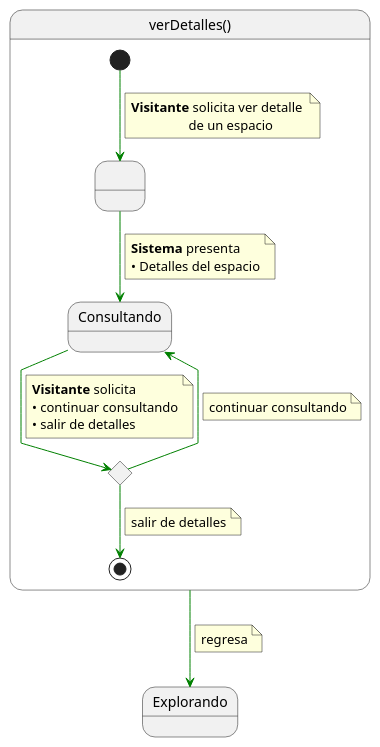
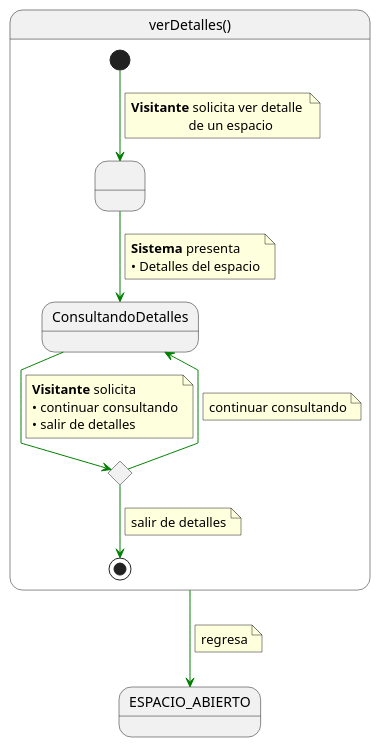
The diagram in documentos/01-casoDeUso/3-DetallarCasosDeUso/1-Visitante/verDetalles/verDetalles.puml (Camila-Lesly/25-26-idsw1-sdr), drawn with PlantUML before and after one commit. The commit also changed 26 other files, not shown here.

Commit message:
docs: Add SVG diagrams for visitor use cases

```diff
--- a/documentos/01-casoDeUso/3-DetallarCasosDeUso/1-Visitante/verDetalles/verDetalles.puml
+++ b/documentos/01-casoDeUso/3-DetallarCasosDeUso/1-Visitante/verDetalles/verDetalles.puml
@@ -1,46 +1,43 @@
-@startuml verDetalles
-
+@startuml
 skinparam linetype polyline
 
 state verDetalles as "verDetalles()" {
-
     state " " as SolicitandoDetalles
-    state "Consultando" as ConsultandoDetalles
+    state ConsultandoDetalles
     state c <<choice>>
 
     [*] -[#green]-> SolicitandoDetalles 
     note on link
     <b>Visitante</b> solicita ver detalle 
                      de un espacio
     end note    
     
     SolicitandoDetalles -[#green]-> ConsultandoDetalles
     note on link
     <b>Sistema</b> presenta
     • Detalles del espacio
     end note
     
     ConsultandoDetalles -[#green]-> c
     note on link
     <b>Visitante</b> solicita
     • continuar consultando
     • salir de detalles
     end note
     
     c -[#green]-> ConsultandoDetalles
     note on link
     continuar consultando
     end note
 
     c -[#green]-> [*]
     note on link
     salir de detalles
     end note
 }
 
-verDetalles -[#green]-> Explorando
+verDetalles -[#green]-> ESPACIO_ABIERTO
 note on link
 regresa
 end note
-
 @enduml
```
